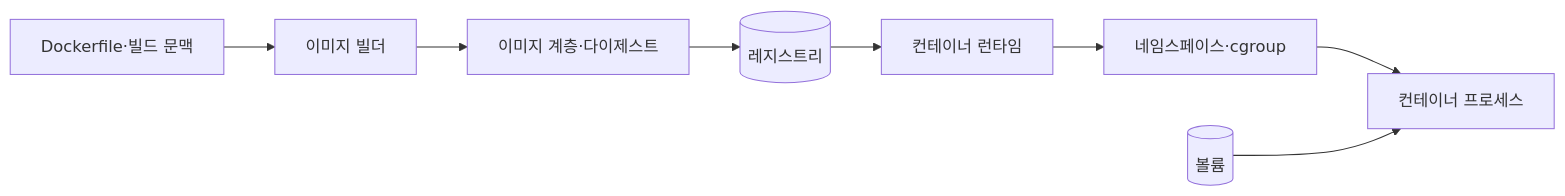
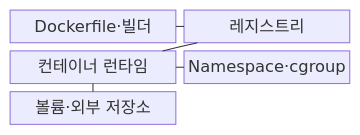
Before and after one commit to agnusdei1207/knowledge-base: the first of 2 diagrams in src/content/docs/notes/03-software/150_docker_container.md, drawn with Mermaid. The commit also changed other lines of this file and 20 other files, not shown here.

````diff
--- a/src/content/docs/notes/03-software/150_docker_container.md
+++ b/src/content/docs/notes/03-software/150_docker_container.md
@@ -58,10 +54,13 @@
 ```mermaid
-flowchart LR
-    F[Dockerfile·빌드 문맥] --> B[이미지 빌더]
-    B --> I[이미지 계층·다이제스트]
-    I --> R[(레지스트리)]
-    R --> D[컨테이너 런타임]
-    D --> N[네임스페이스·cgroup]
-    N --> C[컨테이너 프로세스]
-    V[(볼륨)] --> C
+block
+    columns 2
+    B["Dockerfile·빌더"]
+    R["레지스트리"]
+    C["컨테이너 런타임"]
+    K["Namespace·cgroup"]
+    V["볼륨·외부 저장소"]
+    B --- R
+    R --- C
+    C --- K
+    C --- V
 ```
````
